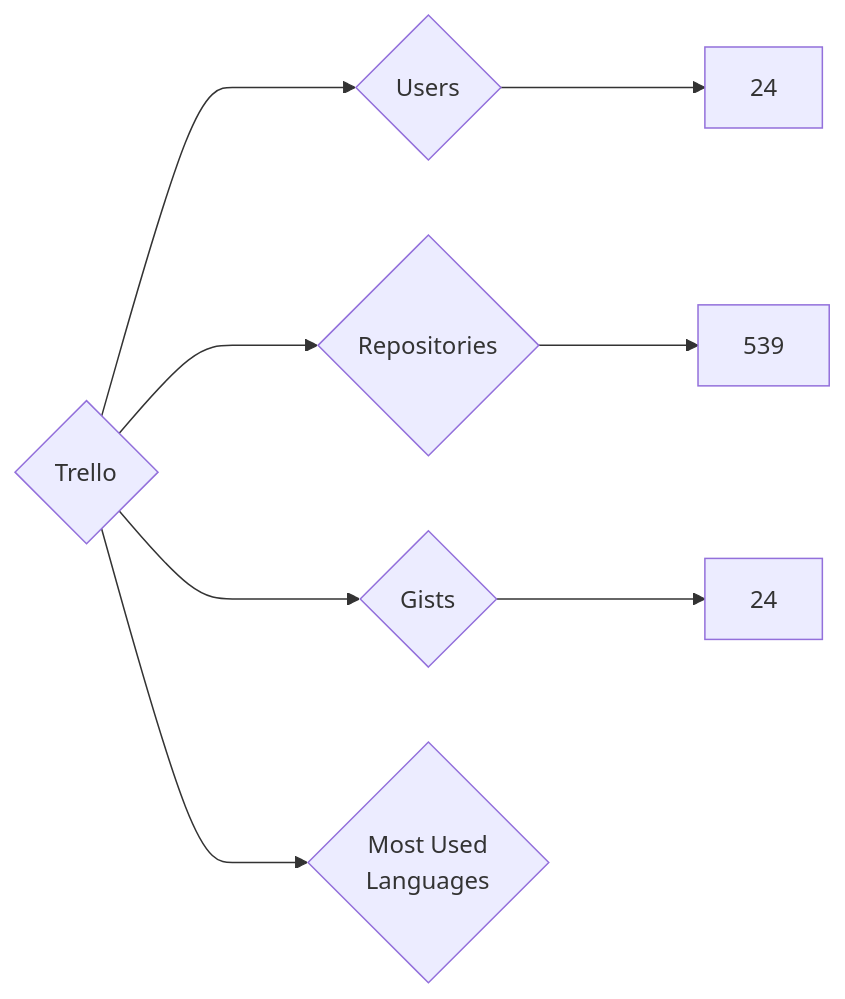
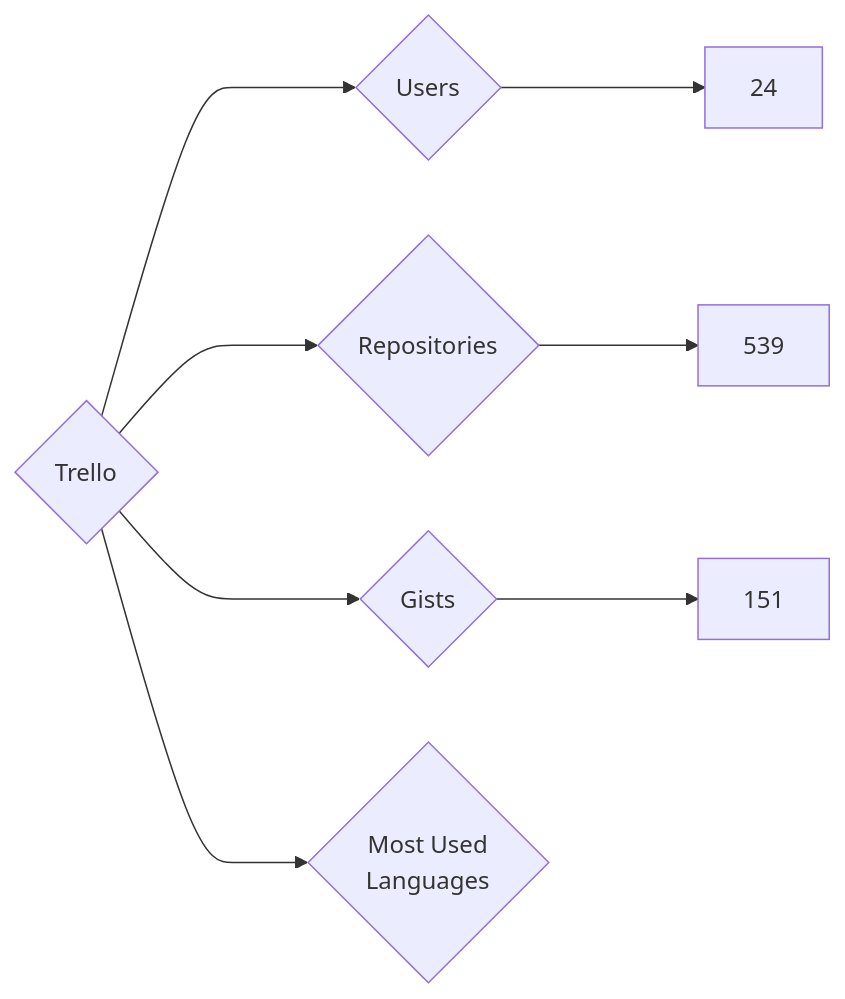
The diagram in targets/Trello/README.md (nenadzaric/insiders), drawn with Mermaid before and after one commit. The commit also changed 1342 other files, not shown here.

````diff
--- a/targets/Trello/README.md
+++ b/targets/Trello/README.md
@@ -3,8 +3,8 @@
 ```mermaid
 graph LR
 COMPANY_NAME{Trello}
 COMPANY_NAME ---> U{Users} ---> UN[24]
 COMPANY_NAME ---> R{Repositories} ---> RN[539]
-COMPANY_NAME ---> G{Gists} ---> GN[24]
+COMPANY_NAME ---> G{Gists} ---> GN[151]
 COMPANY_NAME ---> ML{Most Used<br>Languages}
 ```
````
